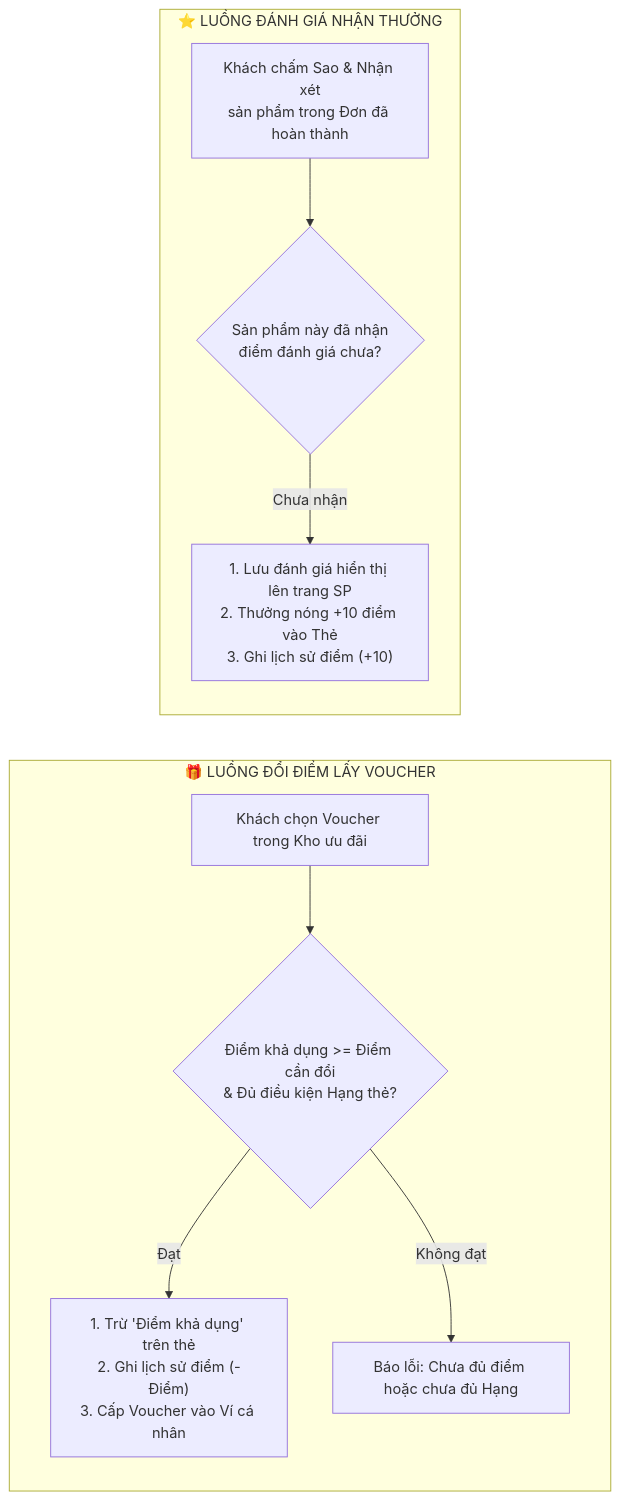
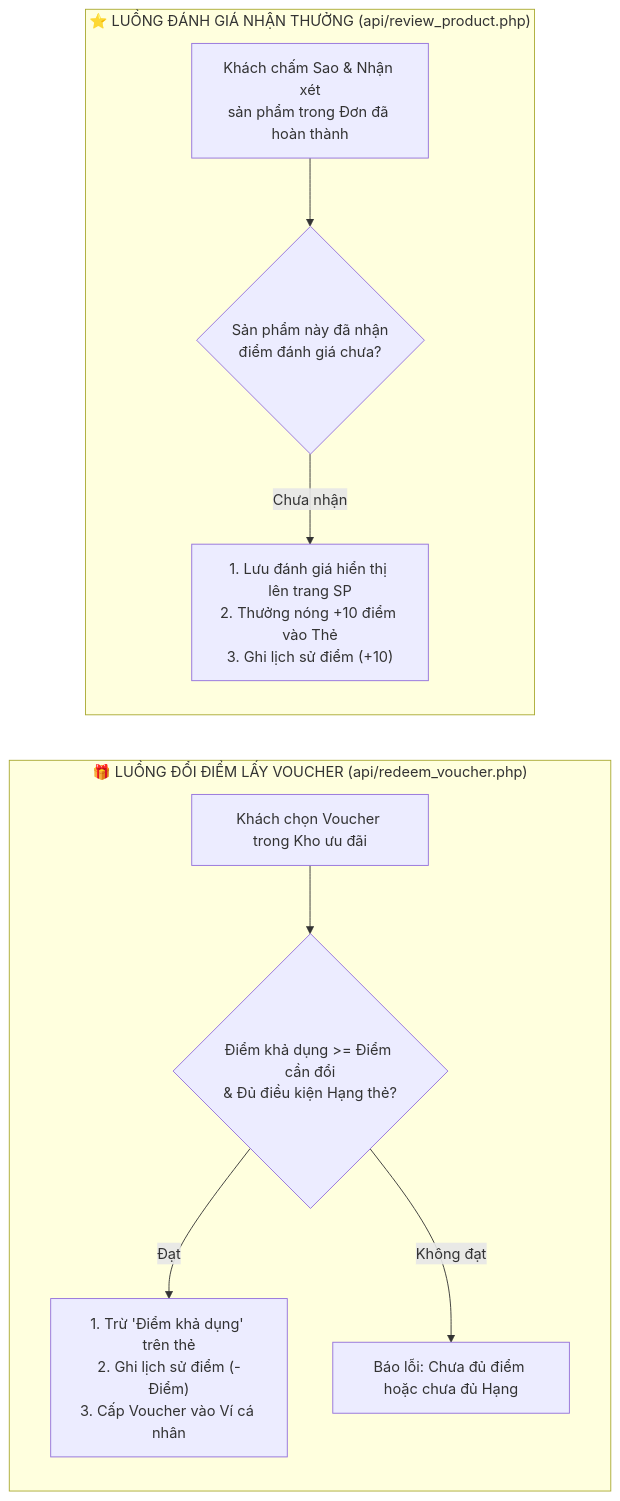
The fourth of 4 diagrams in README.md (lethaoquyendth235746/Web-quan-ly-cua-hang-quan-ao), drawn with Mermaid before and after one commit. The commit also changed other lines of this file and 2 other files, not shown here.

````diff
--- a/README.md
+++ b/README.md
@@ -141,13 +156,13 @@
 ```mermaid
 flowchart LR
-subgraph DOI_QUA ["🎁 LUỒNG ĐỔI ĐIỂM LẤY VOUCHER"]
+subgraph DOI_QUA ["🎁 LUỒNG ĐỔI ĐIỂM LẤY VOUCHER (api/redeem_voucher.php)"]
 V1["Khách chọn Voucher trong Kho ưu đãi"] --> V2{"Điểm khả dụng >= Điểm cần đổi\n& Đủ điều kiện Hạng thẻ?"}
 V2 -- "Đạt" --> V3["1. Trừ 'Điểm khả dụng' trên thẻ\n2. Ghi lịch sử điểm (-Điểm)\n3. Cấp Voucher vào Ví cá nhân"]
 V2 -- "Không đạt" --> V4["Báo lỗi: Chưa đủ điểm hoặc chưa đủ Hạng"]
 end
 
-subgraph DANH_GIA ["⭐ LUỒNG ĐÁNH GIÁ NHẬN THƯỞNG"]
+subgraph DANH_GIA ["⭐ LUỒNG ĐÁNH GIÁ NHẬN THƯỞNG (api/review_product.php)"]
 R1["Khách chấm Sao & Nhận xét\nsản phẩm trong Đơn đã hoàn thành"] --> R2{"Sản phẩm này đã nhận\nđiểm đánh giá chưa?"}
 R2 -- "Chưa nhận" --> R3["1. Lưu đánh giá hiển thị lên trang SP\n2. Thưởng nóng +10 điểm vào Thẻ\n3. Ghi lịch sử điểm (+10)"]
 end
 ```
````
